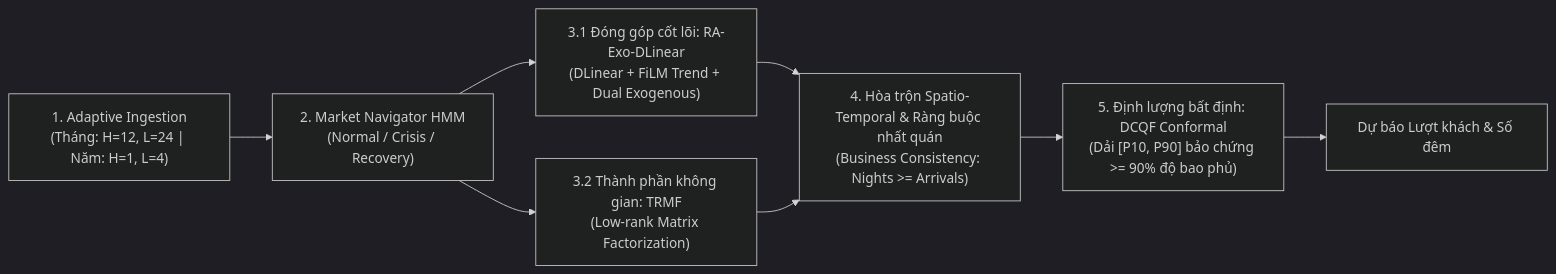
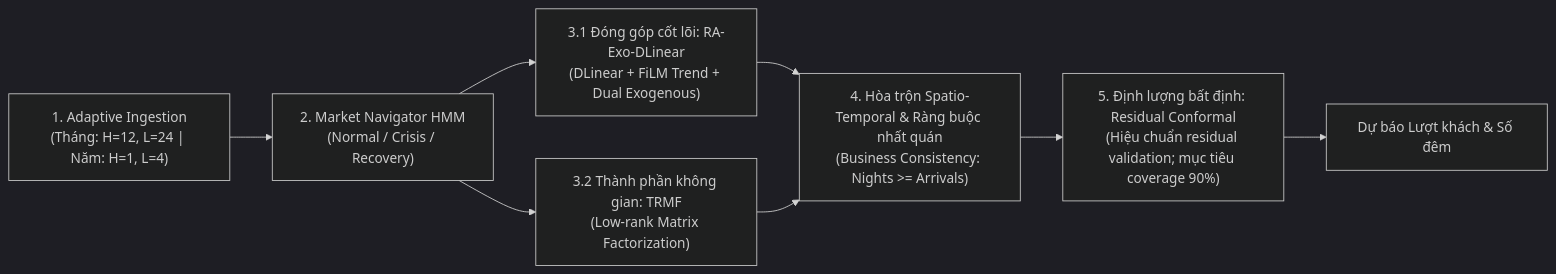
Before and after one commit to tuantn1807/RegiTour: the fourth of 4 diagrams in docs/03_architecture/overview_system.md, drawn with Mermaid (dark theme). The commit also changed other lines of this file and 20 other files, not shown here.

````diff
--- a/docs/03_architecture/overview_system.md
+++ b/docs/03_architecture/overview_system.md
@@ -308,10 +308,10 @@
 ```mermaid
 flowchart LR
     P1["1. Adaptive Ingestion<br/>(Tháng: H=12, L=24 | Năm: H=1, L=4)"] --> P2["2. Market Navigator HMM<br/>(Normal / Crisis / Recovery)"]
     P2 --> P3_1["3.1 Đóng góp cốt lõi: RA-Exo-DLinear<br/>(DLinear + FiLM Trend + Dual Exogenous)"]
     P2 --> P3_2["3.2 Thành phần không gian: TRMF<br/>(Low-rank Matrix Factorization)"]
     P3_1 --> P4["4. Hòa trộn Spatio-Temporal & Ràng buộc nhất quán<br/>(Business Consistency: Nights >= Arrivals)"]
     P3_2 --> P4
-    P4 --> P5["5. Định lượng bất định: DCQF Conformal<br/>(Dải [P10, P90] bảo chứng >= 90% độ bao phủ)"]
+    P4 --> P5["5. Định lượng bất định: Residual Conformal<br/>(Hiệu chuẩn residual validation; mục tiêu coverage 90%)"]
     P5 --> OUT["Dự báo Lượt khách & Số đêm"]
 ```
````
